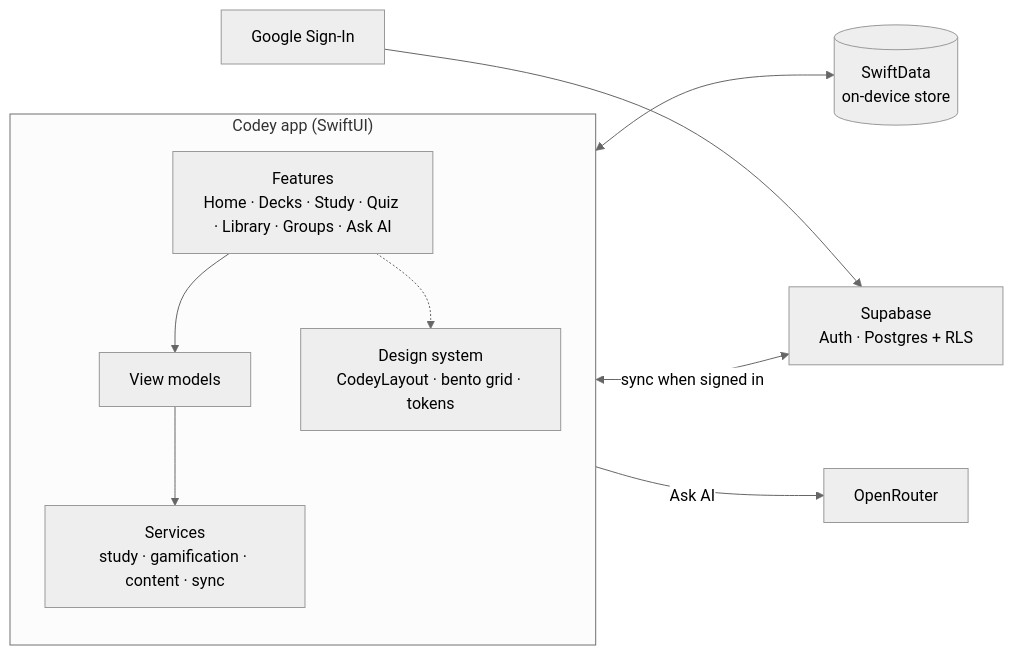
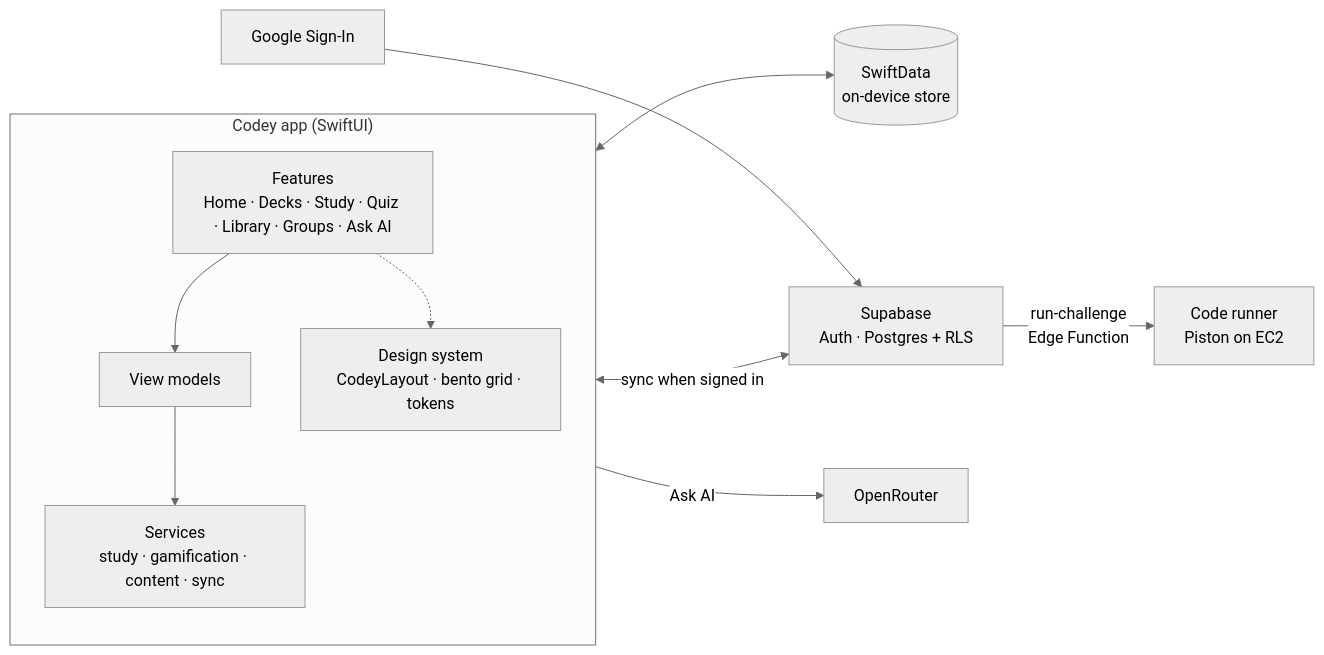
Before and after one commit to raajbanga/codey: the diagram in README.md, drawn with Mermaid (neutral theme). The commit also changed other lines of this file and 194 other files, not shown here.

````diff
--- a/README.md
+++ b/README.md
@@ -118,16 +119,17 @@
 ```mermaid
 flowchart LR
     subgraph App["Codey app (SwiftUI)"]
         direction TB
         V["Features<br/>Home · Decks · Study · Quiz · Library · Groups · Ask AI"]
         VM["View models"]
         S["Services<br/>study · gamification · content · sync"]
         DS["Design system<br/>CodeyLayout · bento grid · tokens"]
         V --> VM --> S
         V -.-> DS
     end
     S <--> L[("SwiftData<br/>on-device store")]
     S <-->|"sync when signed in"| SB["Supabase<br/>Auth · Postgres + RLS"]
     S -->|"Ask AI"| OR["OpenRouter"]
+    SB -->|"run-challenge<br/>Edge Function"| PR["Code runner<br/>Piston on EC2"]
     G["Google Sign-In"] --> SB
 ```
````
